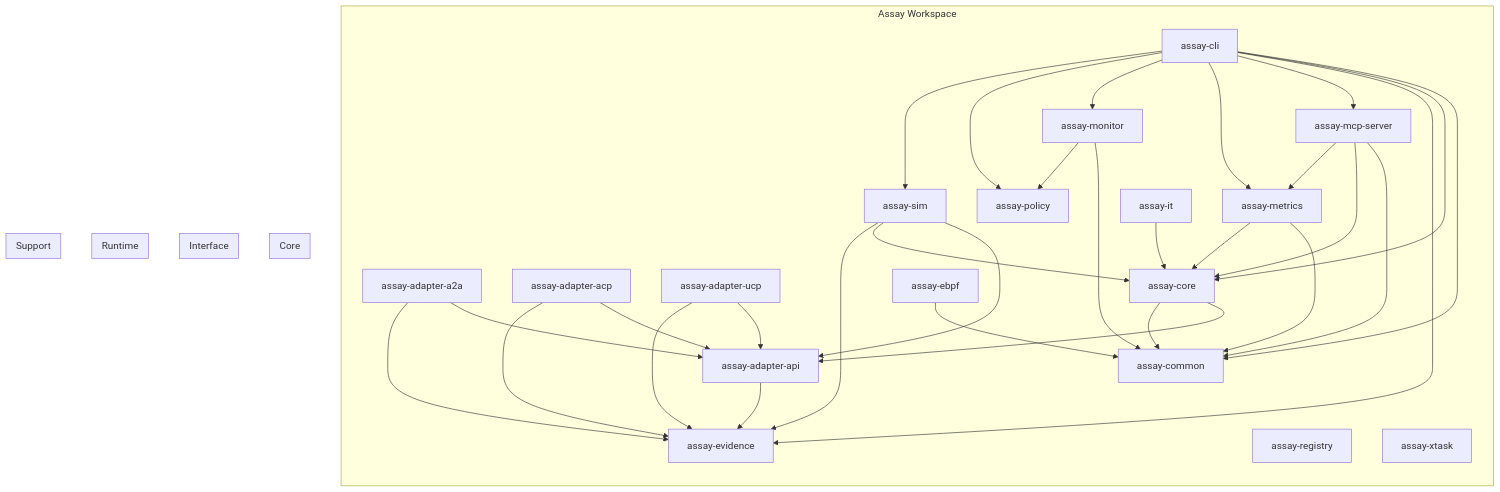
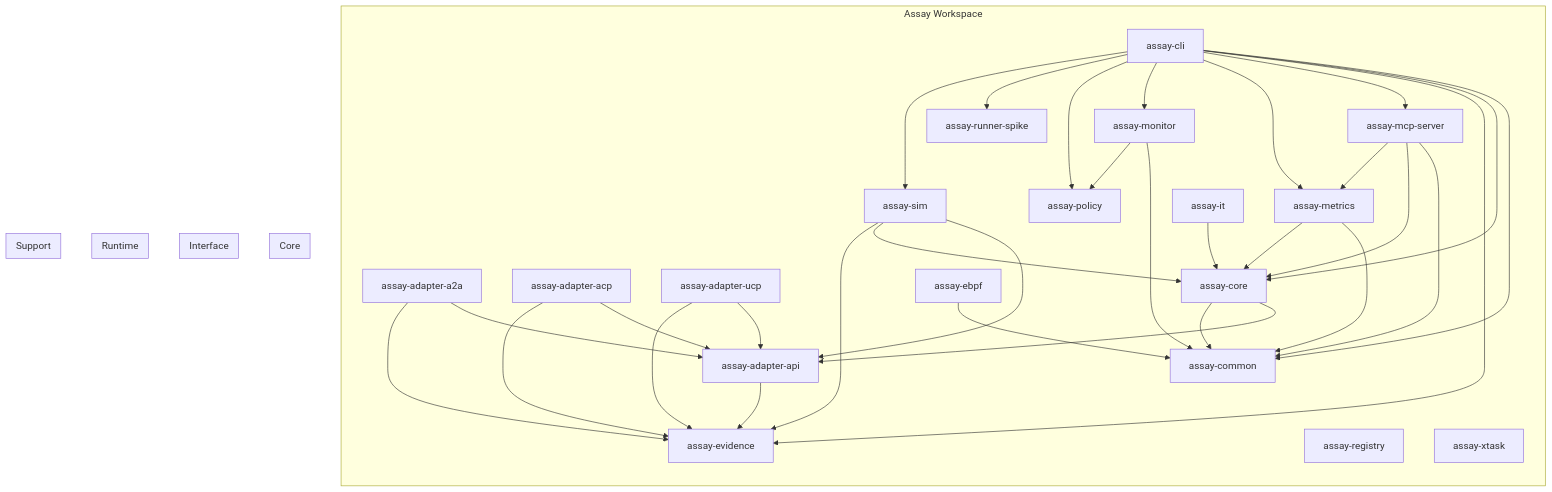
The diagram in docs/generated/crate-deps.mermaid (Rul1an/assay), drawn with Mermaid before and after one commit. The commit also changed 1 other file, not shown here.

Commit message:
docs: auto-update diagrams and crate info

```diff
--- a/docs/generated/crate-deps.mermaid
+++ b/docs/generated/crate-deps.mermaid
@@ -1,76 +1,78 @@
 flowchart TB
     subgraph workspace["Assay Workspace"]
         direction TB
         assay_adapter_a2a["assay-adapter-a2a"]
         assay_adapter_acp["assay-adapter-acp"]
         assay_adapter_api["assay-adapter-api"]
         assay_adapter_ucp["assay-adapter-ucp"]
         assay_cli["assay-cli"]
         assay_common["assay-common"]
         assay_core["assay-core"]
         assay_ebpf["assay-ebpf"]
         assay_evidence["assay-evidence"]
         assay_it["assay-it"]
         assay_mcp_server["assay-mcp-server"]
         assay_metrics["assay-metrics"]
         assay_monitor["assay-monitor"]
         assay_policy["assay-policy"]
         assay_registry["assay-registry"]
+        assay_runner_spike["assay-runner-spike"]
         assay_sim["assay-sim"]
         assay_xtask["assay-xtask"]
     end
 
     assay_adapter_a2a --> assay_adapter_api
     assay_adapter_a2a --> assay_evidence
     assay_adapter_acp --> assay_adapter_api
     assay_adapter_acp --> assay_evidence
     assay_adapter_api --> assay_evidence
     assay_adapter_ucp --> assay_adapter_api
     assay_adapter_ucp --> assay_evidence
     assay_cli --> assay_common
     assay_cli --> assay_core
     assay_cli --> assay_evidence
     assay_cli --> assay_mcp_server
     assay_cli --> assay_metrics
     assay_cli --> assay_monitor
     assay_cli --> assay_policy
+    assay_cli --> assay_runner_spike
     assay_cli --> assay_sim
     assay_core --> assay_adapter_api
     assay_core --> assay_common
     assay_ebpf --> assay_common
     assay_it --> assay_core
     assay_mcp_server --> assay_common
     assay_mcp_server --> assay_core
     assay_mcp_server --> assay_metrics
     assay_metrics --> assay_common
     assay_metrics --> assay_core
     assay_monitor --> assay_common
     assay_monitor --> assay_policy
     assay_sim --> assay_adapter_api
     assay_sim --> assay_core
     assay_sim --> assay_evidence
 
     %% Logical groupings for readability
     subgraph core["Core"]
         assay_core
         assay_metrics
         assay_policy
         assay_evidence
         assay_common
     end
 
     subgraph interface["Interface"]
         assay_cli
         assay_mcp_server
     end
 
     subgraph runtime["Runtime"]
         assay_monitor
         assay_ebpf
     end
 
     subgraph support["Support"]
         assay_sim
         assay_xtask
         assay_registry
     end
```
